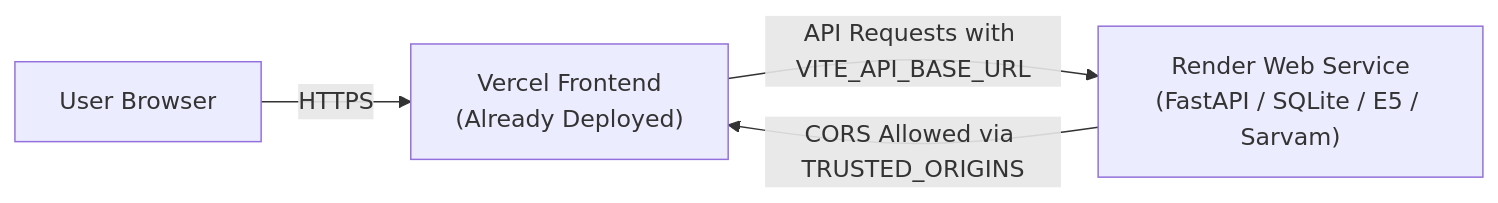
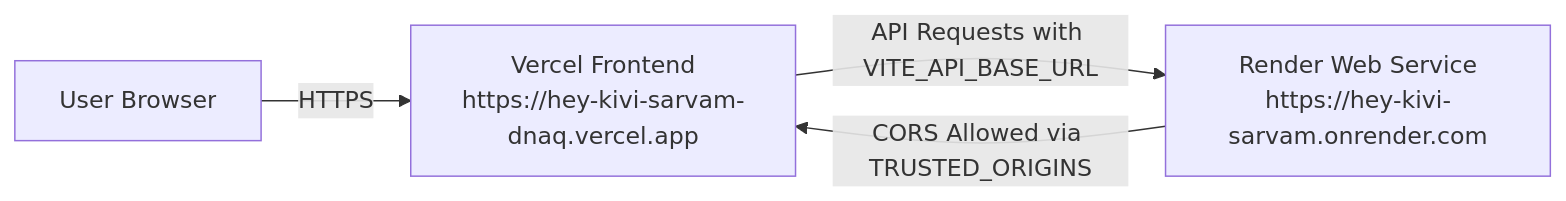
The diagram in docs/deploy-render.md (na24b030-eng/hey-kivi-sarvam), drawn with Mermaid before and after one commit. The commit also changed other lines of this file and 3 other files, not shown here.

Commit message:
docs: update deployment guides and README with live Render and Vercel URLs

````diff
--- a/docs/deploy-render.md
+++ b/docs/deploy-render.md
@@ -5,6 +5,6 @@
 ```mermaid
 flowchart LR
-    User[User Browser] -->|HTTPS| Vercel["Vercel Frontend\n(Already Deployed)"]
-    Vercel -->|API Requests with VITE_API_BASE_URL| Render["Render Web Service\n(FastAPI / SQLite / E5 / Sarvam)"]
+    User[User Browser] -->|HTTPS| Vercel["Vercel Frontend\nhttps://hey-kivi-sarvam-dnaq.vercel.app"]
+    Vercel -->|API Requests with VITE_API_BASE_URL| Render["Render Web Service\nhttps://hey-kivi-sarvam.onrender.com"]
     Render -->|CORS Allowed via TRUSTED_ORIGINS| Vercel
 ```
````
